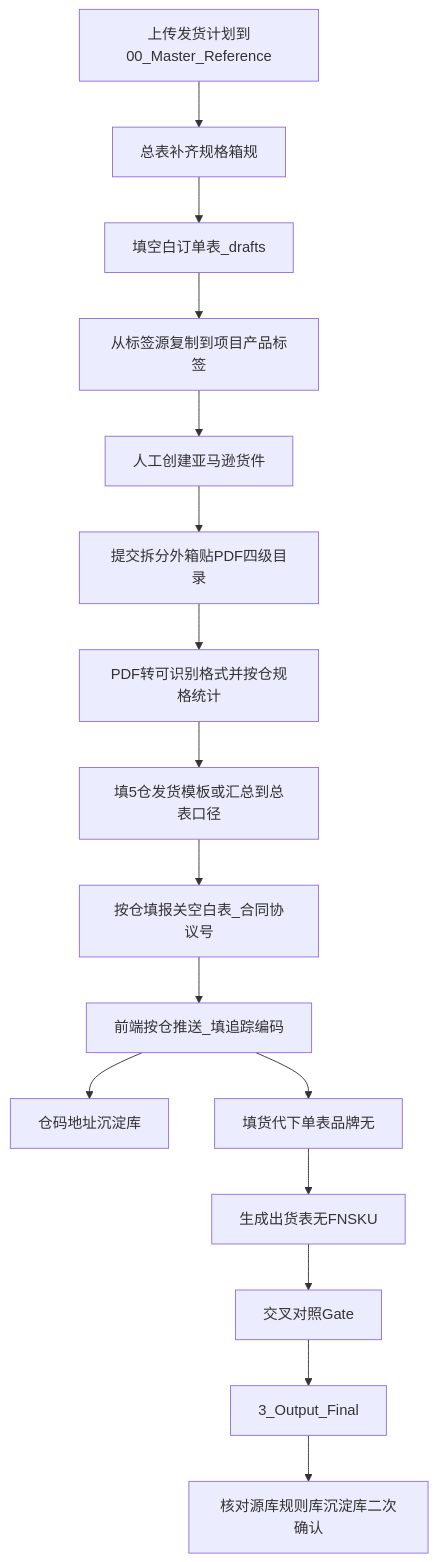
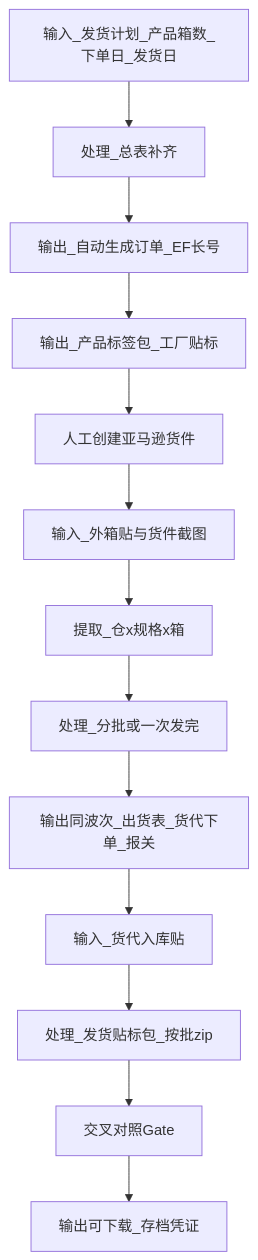
The diagram in Templates/End_to_End_Shipment_Pipeline.md (lawrenceren1618-commits/AutoExport), drawn with Mermaid before and after one commit. The commit also changed other lines of this file and 693 other files, not shown here.

````diff
--- a/Templates/End_to_End_Shipment_Pipeline.md
+++ b/Templates/End_to_End_Shipment_Pipeline.md
@@ -60,18 +64,15 @@
 ```mermaid
 flowchart TD
-  Plan[上传发货计划到00_Master_Reference] --> Enrich[总表补齐规格箱规]
-  Enrich --> Order[填空白订单表_drafts]
-  Order --> Labels[从标签源复制到项目产品标签]
+  Plan[输入_发货计划_产品箱数_下单日_发货日] --> Enrich[处理_总表补齐]
+  Enrich --> Order[输出_自动生成订单_EF长号]
+  Order --> Labels[输出_产品标签包_工厂贴标]
   Labels --> Amazon[人工创建亚马逊货件]
-  Amazon --> FbaPdf[提交拆分外箱贴PDF四级目录]
-  FbaPdf --> Parse[PDF转可识别格式并按仓规格统计]
-  Parse --> WhTpl[填5仓发货模板或汇总到总表口径]
-  WhTpl --> Customs[按仓填报关空白表_合同协议号]
-  Customs --> UiTrack[前端按仓推送_填追踪编码]
-  UiTrack --> WhDb[仓码地址沉淀库]
-  UiTrack --> Freight[填货代下单表品牌无]
-  Freight --> Outbound[生成出货表无FNSKU]
-  Outbound --> Gate[交叉对照Gate]
-  Gate --> Final[3_Output_Final]
-  Final --> Audit[核对源库规则库沉淀库二次确认]
+  Amazon --> FbaPdf[输入_外箱贴与货件截图]
+  FbaPdf --> Parse[提取_仓x规格x箱]
+  Parse --> Batch[处理_分批或一次发完]
+  Batch --> Trio[输出同波次_出货表_货代下单_报关]
+  Trio --> Inbound[输入_货代入库贴]
+  Inbound --> Pack[处理_发货贴标包_按批zip]
+  Pack --> Gate[交叉对照Gate]
+  Gate --> Final[输出可下载_存档凭证]
 ```
````
